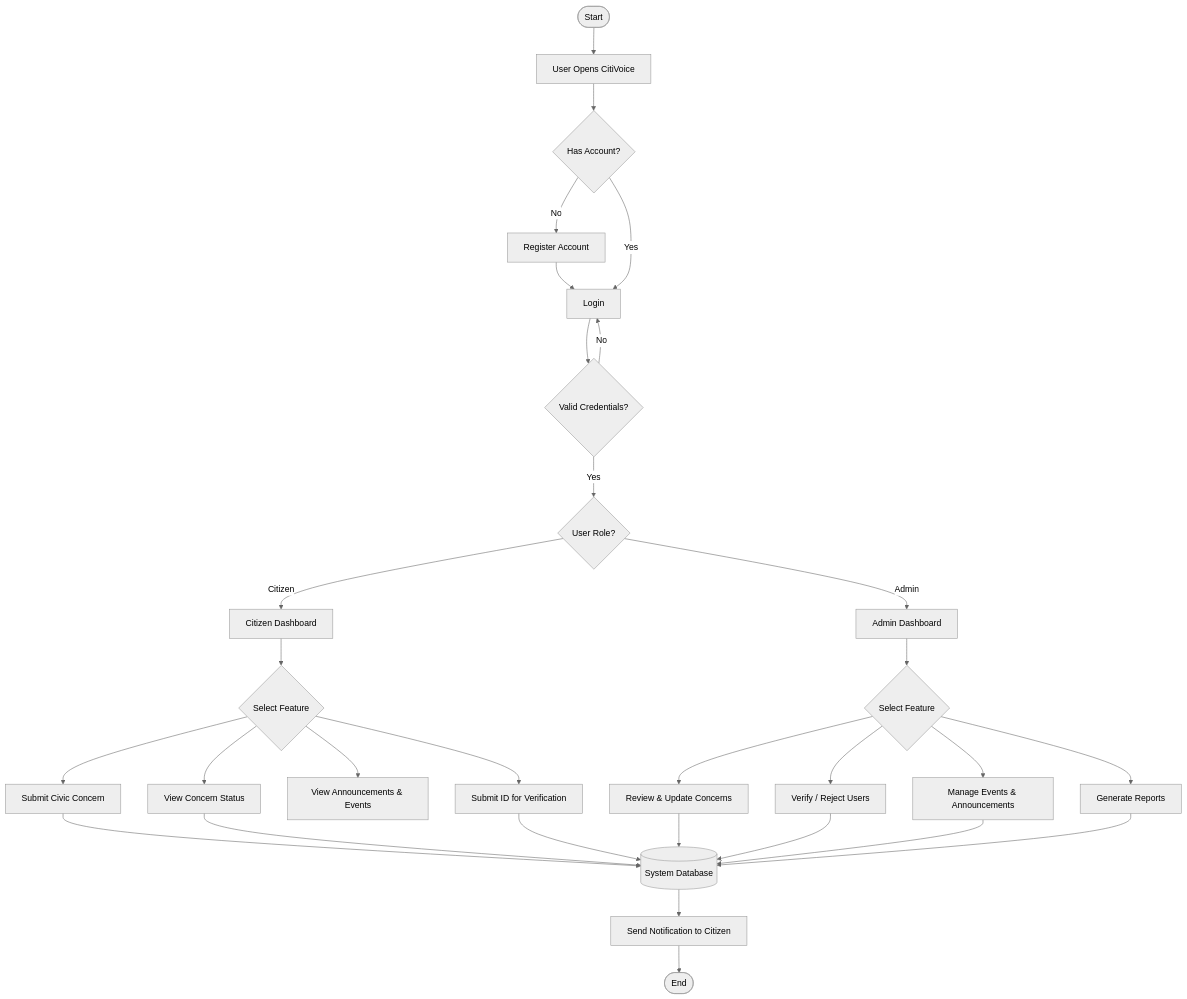
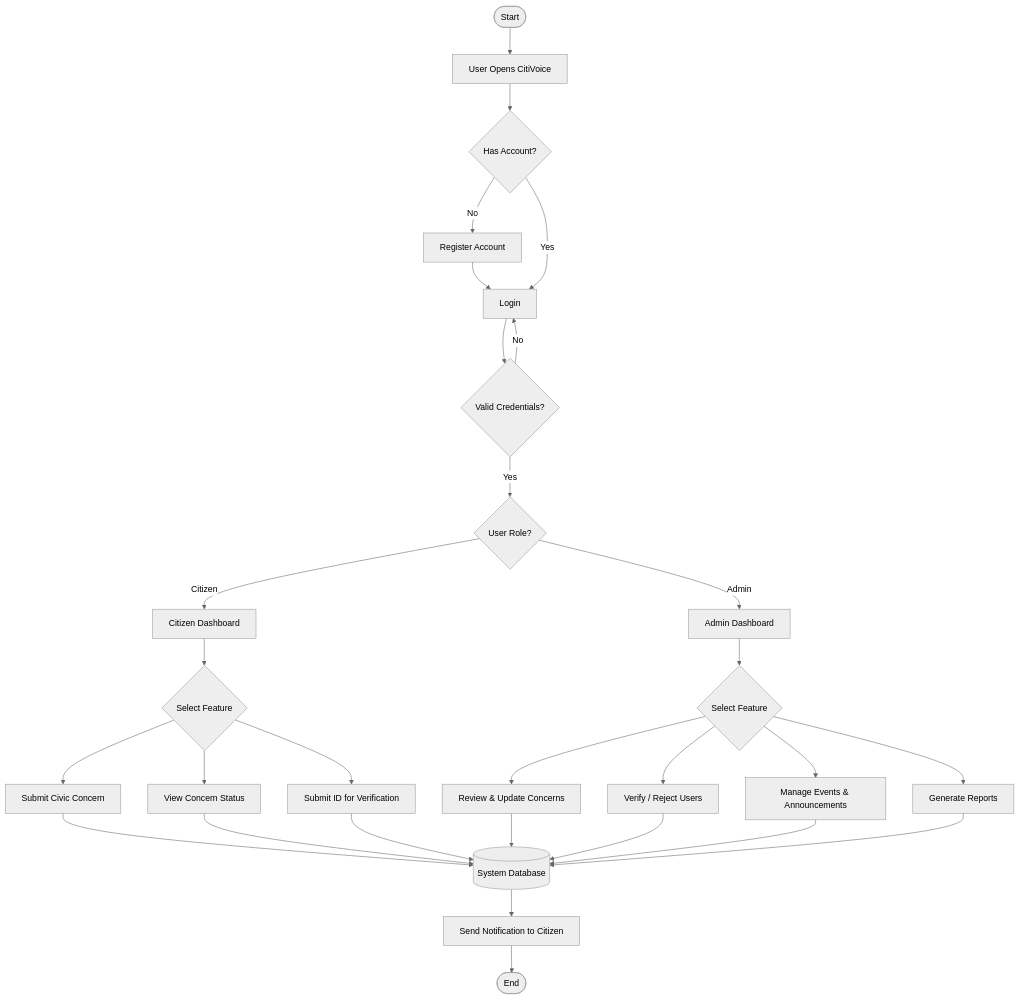
One commit to palingubaerwin029-ai/citivoice changed the sixth of 8 diagrams in diagrams.md. Above: the diagram before and after it, drawn with Mermaid (neutral theme). The commit also changed other lines of this file and 2 other files, not shown here.

Commit message:
Docs: Update diagrams and README to reflect mobile app changes and permissions

````diff
--- a/diagrams.md
+++ b/diagrams.md
@@ -349,40 +348,39 @@
 ```mermaid
 flowchart TD
     Start([Start]) --> OpenApp[User Opens CitiVoice]
     OpenApp --> HasAccount{Has Account?}
 
     HasAccount -- No --> Register[Register Account]
     Register --> Login
     HasAccount -- Yes --> Login[Login]
 
     Login --> AuthCheck{Valid Credentials?}
     AuthCheck -- No --> Login
     AuthCheck -- Yes --> CheckRole{User Role?}
 
     CheckRole -- Citizen --> CitizenHome[Citizen Dashboard]
     CheckRole -- Admin --> AdminHome[Admin Dashboard]
 
     CitizenHome --> CitizenAction{Select Feature}
     CitizenAction --> SubmitConcern[Submit Civic Concern]
     CitizenAction --> ViewStatus[View Concern Status]
-    CitizenAction --> ViewFeed[View Announcements & Events]
     CitizenAction --> VerifyID[Submit ID for Verification]
 
     SubmitConcern --> DB[(System Database)]
     ViewStatus --> DB
     VerifyID --> DB
 
     AdminHome --> AdminAction{Select Feature}
     AdminAction --> ManageConcerns[Review & Update Concerns]
     AdminAction --> VerifyUsers[Verify / Reject Users]
     AdminAction --> ManageContent[Manage Events & Announcements]
     AdminAction --> ViewReports[Generate Reports]
 
     ManageConcerns --> DB
     VerifyUsers --> DB
     ManageContent --> DB
     ViewReports --> DB
 
     DB --> Notify[Send Notification to Citizen]
     Notify --> End([End])
 ```
````
